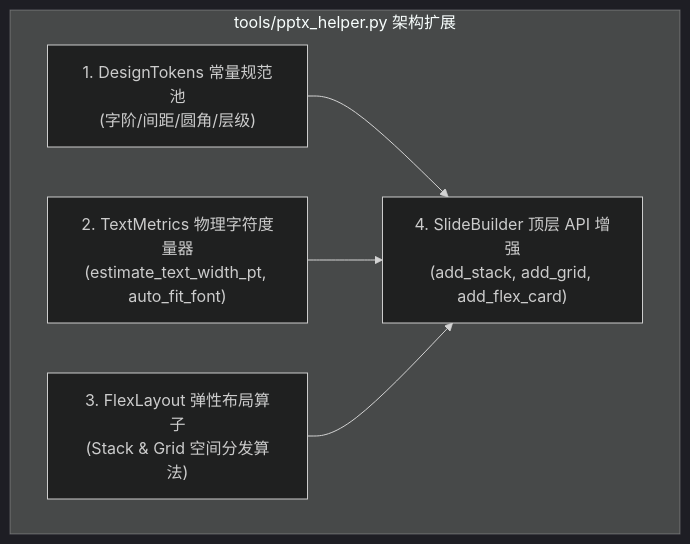
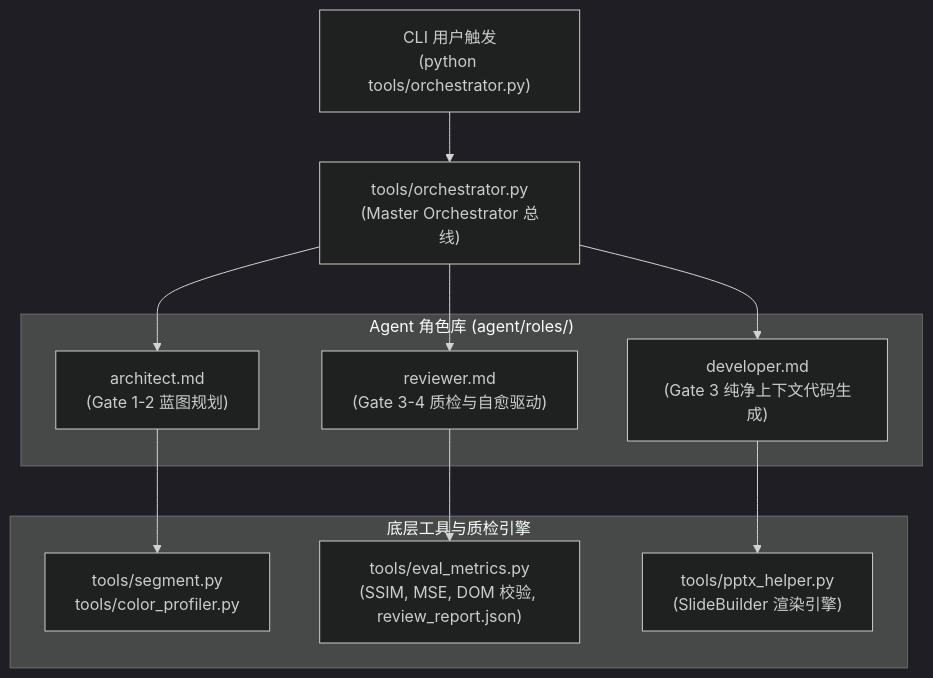
The diagram in specs/plan.md (xianyadanx-cloud/ppt-restoration), drawn with Mermaid (dark theme) before and after one commit. The commit also changed other lines of this file and 16 other files, not shown here.

Commit message:
feat(agent): implement Multi-Agent roles, automated eval metrics, and master orchestrator

````diff
--- a/specs/plan.md
+++ b/specs/plan.md
@@ -16,13 +14,21 @@
 ```mermaid
 flowchart TD
-    subgraph pptx_helper ["tools/pptx_helper.py 架构扩展"]
-        Tokens["1. DesignTokens 常量规范池<br/>(字阶/间距/圆角/层级)"]
-        Metrics["2. TextMetrics 物理字符度量器<br/>(estimate_text_width_pt, auto_fit_font)"]
-        Flex["3. FlexLayout 弹性布局算子<br/>(Stack & Grid 空间分发算法)"]
-        Builder["4. SlideBuilder 顶层 API 增强<br/>(add_stack, add_grid, add_flex_card)"]
+    CLI["CLI 用户触发<br/>(python tools/orchestrator.py)"] --> Orch["tools/orchestrator.py<br/>(Master Orchestrator 总线)"]
+    
+    subgraph Roles ["Agent 角色库 (agent/roles/)"]
+        R_Arch["architect.md<br/>(Gate 1-2 蓝图规划)"]
+        R_Dev["developer.md<br/>(Gate 3 纯净上下文代码生成)"]
+        R_Rev["reviewer.md<br/>(Gate 3-4 质检与自愈驱动)"]
+    end
+    
+    subgraph Engine ["底层工具与质检引擎"]
+        Tools_Sensors["tools/segment.py<br/>tools/color_profiler.py"]
+        Metrics["tools/eval_metrics.py<br/>(SSIM, MSE, DOM 校验, review_report.json)"]
+        Helper["tools/pptx_helper.py<br/>(SlideBuilder 渲染引擎)"]
     end
 
-    Tokens --> Builder
-    Metrics --> Builder
-    Flex --> Builder
+    Orch --> R_Arch & R_Dev & R_Rev
+    R_Arch --> Tools_Sensors
+    R_Dev --> Helper
+    R_Rev --> Metrics
 ```
````
